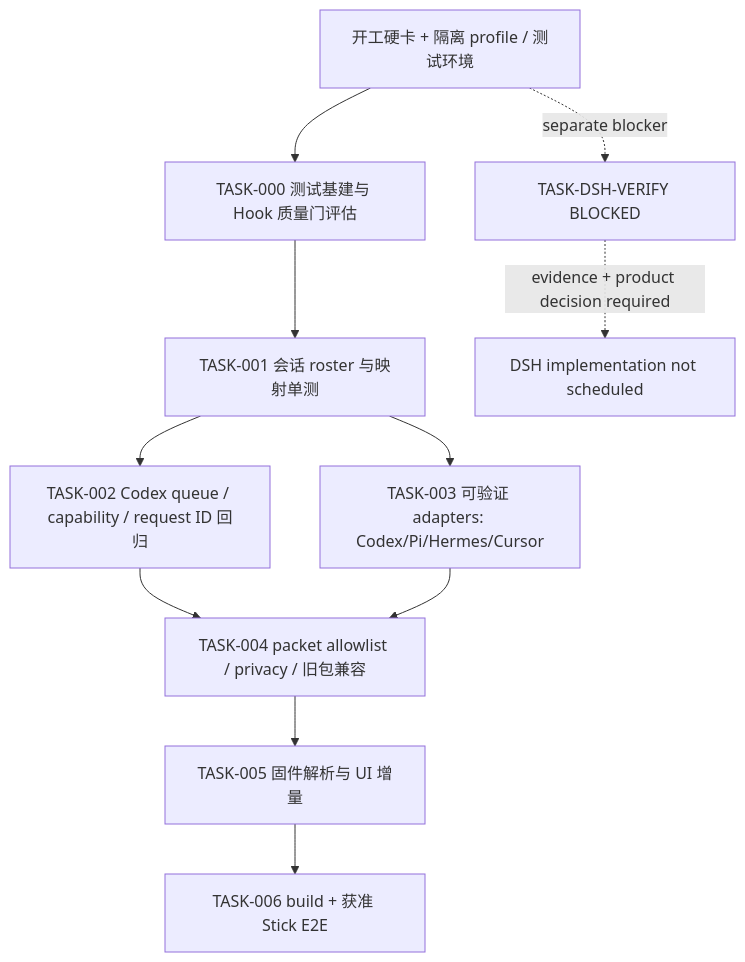
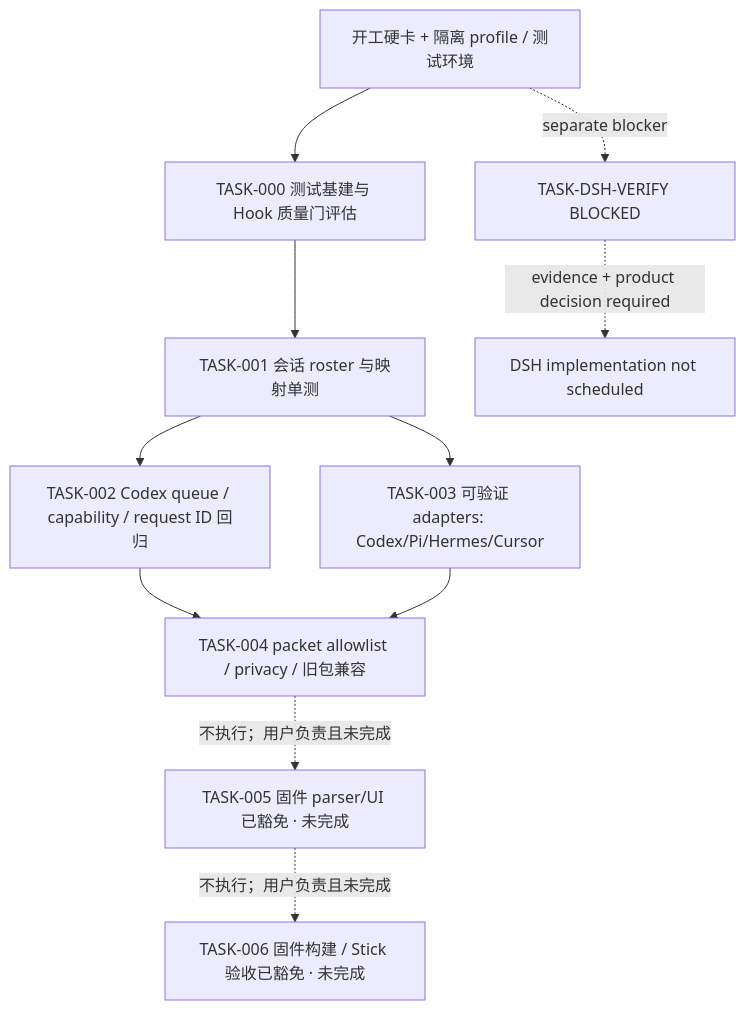
The diagram in docs/product-development/2026-10-28-multi-agent-stick-status/development-plan.md (qinyu/codex-buddy-demo), drawn with Mermaid before and after one commit. The commit also changed other lines of this file and 28 other files, not shown here.

````diff
--- a/docs/product-development/2026-10-28-multi-agent-stick-status/development-plan.md
+++ b/docs/product-development/2026-10-28-multi-agent-stick-status/development-plan.md
@@ -36,13 +36,13 @@
 ```mermaid
 flowchart TD
   G[开工硬卡 + 隔离 profile / 测试环境] --> T0[TASK-000 测试基建与 Hook 质量门评估]
   T0 --> T1[TASK-001 会话 roster 与映射单测]
   T1 --> T2[TASK-002 Codex queue / capability / request ID 回归]
   T1 --> T3[TASK-003 可验证 adapters: Codex/Pi/Hermes/Cursor]
   T2 --> T4[TASK-004 packet allowlist / privacy / 旧包兼容]
   T3 --> T4
-  T4 --> T5[TASK-005 固件解析与 UI 增量]
-  T5 --> T6[TASK-006 build + 获准 Stick E2E]
+  T4 -.不执行；用户负责且未完成.-> T5[TASK-005 固件 parser/UI 已豁免 · 未完成]
+  T5 -.不执行；用户负责且未完成.-> T6[TASK-006 固件构建 / Stick 验收已豁免 · 未完成]
   G -. separate blocker .-> D[TASK-DSH-VERIFY BLOCKED]
   D -. evidence + product decision required .-> D2[DSH implementation not scheduled]
 ```
````
